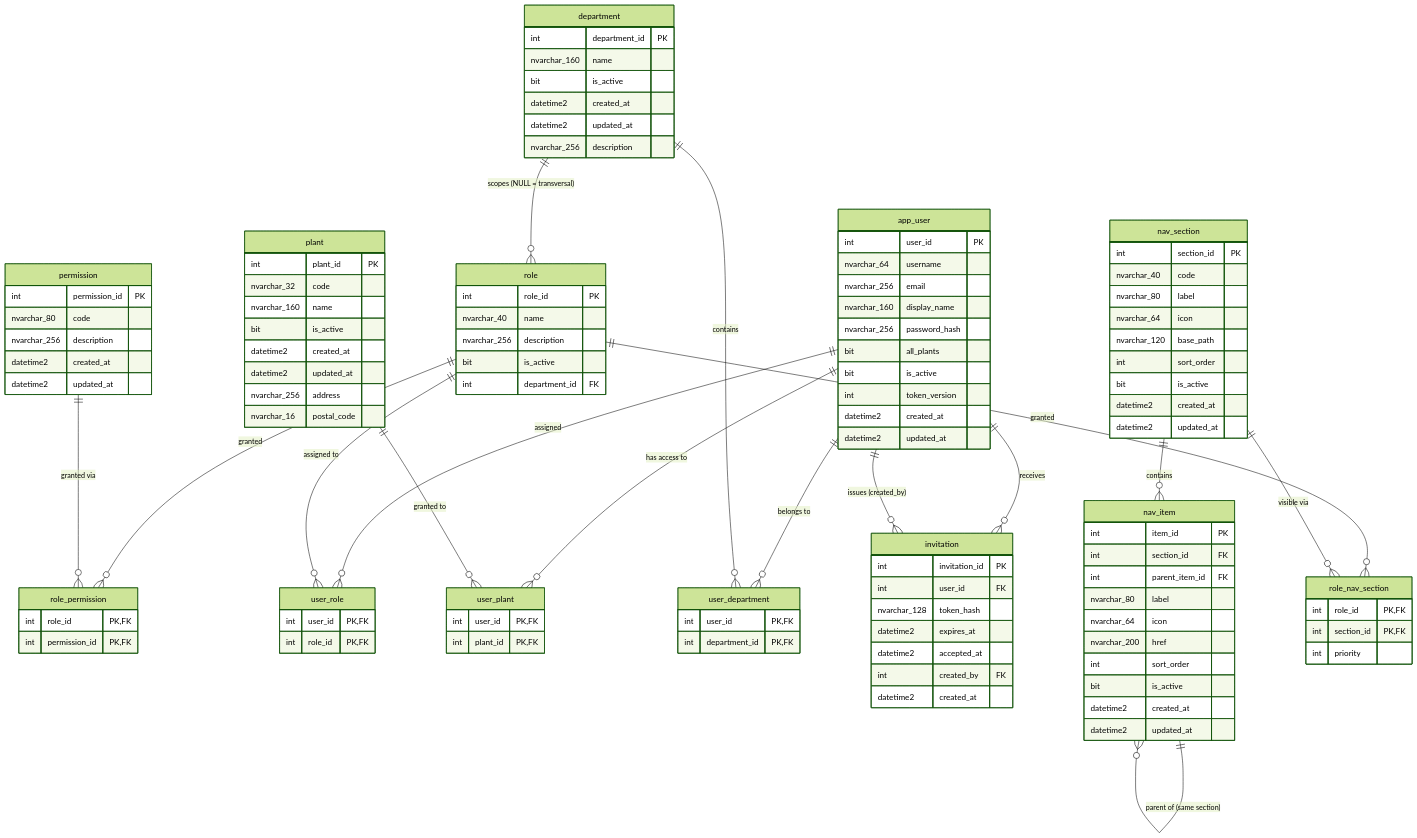
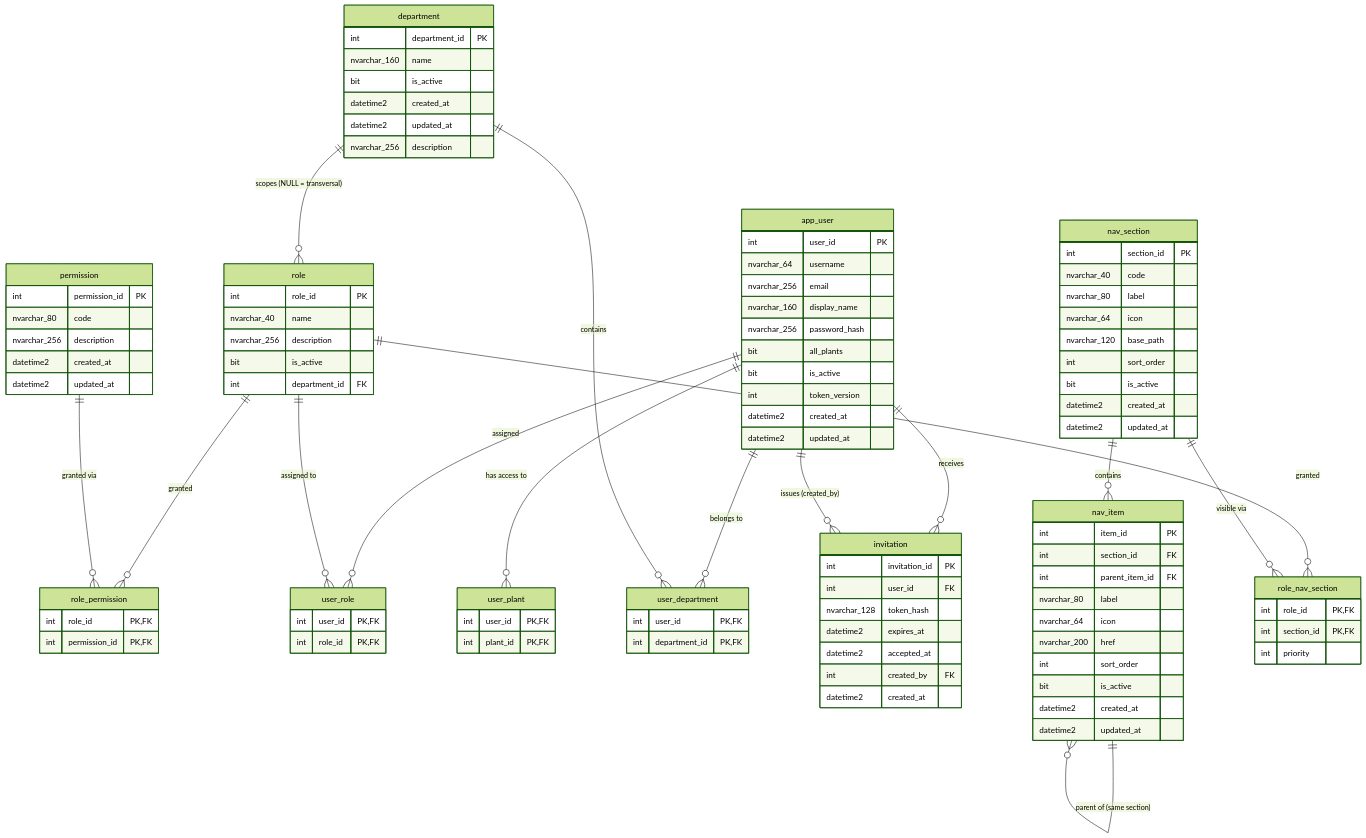
One commit to AndresDRamos/EBI-WEB changed the diagram in docs/database/erd/auth.md. Above: the diagram before and after it, drawn with Mermaid (forest theme). The commit also changed other lines of this file and 18 other files, not shown here.

First line of the commit message:
docs(db): reconcilia ERD/diccionario/modulos y registra el plan org-schema

```diff
--- a/docs/database/erd/auth.md
+++ b/docs/database/erd/auth.md
@@ -41,17 +43,6 @@
     role_permission {
         int role_id PK,FK
         int permission_id PK,FK
-    }
-
-    plant {
-        int plant_id PK
-        nvarchar_32 code
-        nvarchar_160 name
-        bit is_active
-        datetime2 created_at
-        datetime2 updated_at
-        nvarchar_256 address
-        nvarchar_16 postal_code
     }
 
     department {
@@ -125,7 +116,7 @@
     role      ||--o{ user_role : "assigned to"
 
     app_user ||--o{ user_plant : "has access to"
-    plant    ||--o{ user_plant : "granted to"
+    %% user_plant.plant_id is a cross-schema FK to org.plant (moved in V15).
 
     app_user   ||--o{ user_department : "belongs to"
     department ||--o{ user_department : "contains"
```
